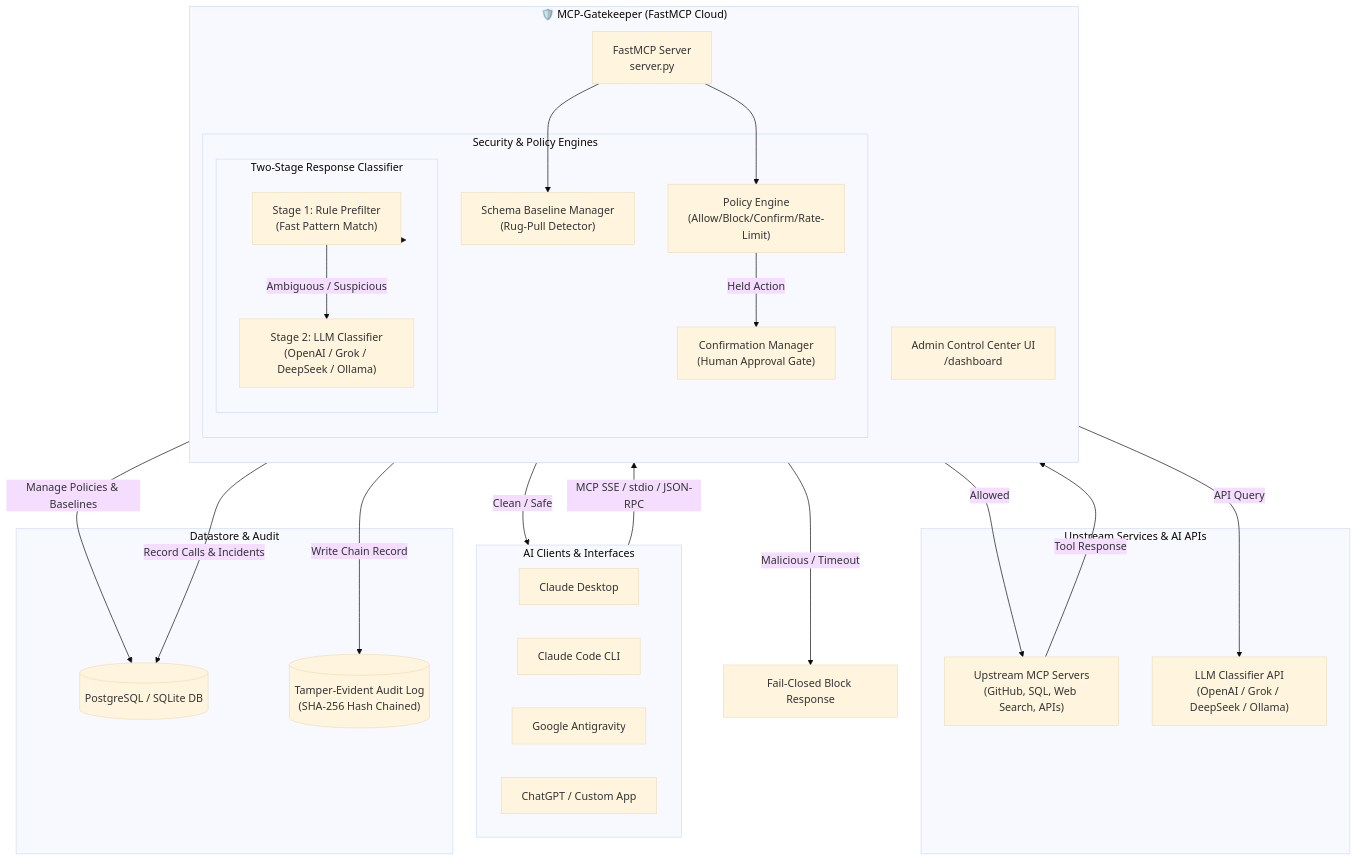
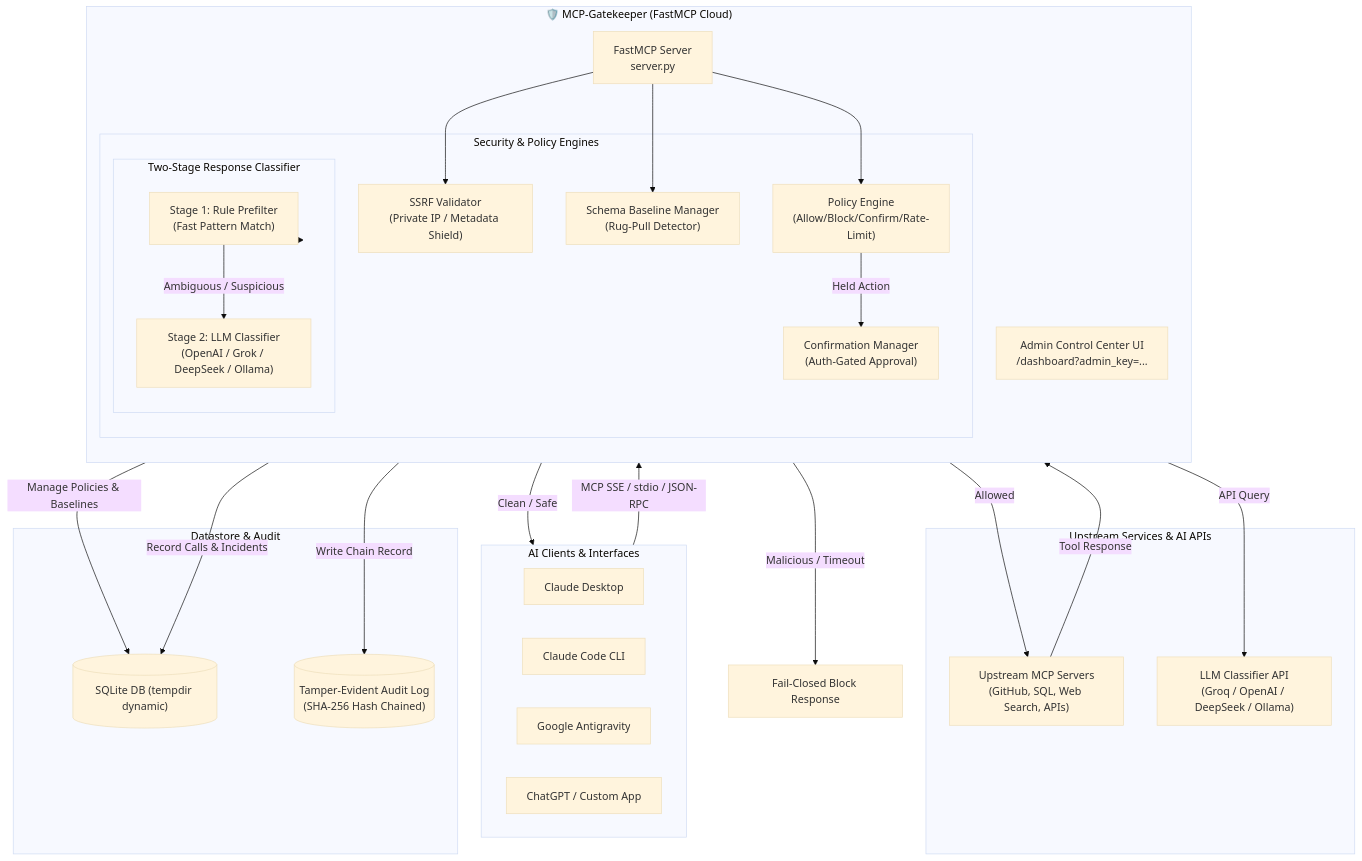
Before and after one commit to sudo-hrmn/MCP-Gatekeeper: the first of 2 diagrams in README.md, drawn with Mermaid (base theme). The commit also changed other lines of this file, not shown here.

Commit message:
docs: update README with current SSRF protection, authentication gate, live FastMCP endpoint, and 12-test suite metrics

````diff
--- a/README.md
+++ b/README.md
@@ -30,53 +30,55 @@
 ```mermaid
 flowchart TD
     subgraph Clients["AI Clients & Interfaces"]
         C1["Claude Desktop"]
         C2["Claude Code CLI"]
         C3["Google Antigravity"]
         C4["ChatGPT / Custom App"]
     end
 
     subgraph Gateway["🛡️ MCP-Gatekeeper (FastMCP Cloud)"]
         direction TB
         S["FastMCP Server\nserver.py"]
         
         subgraph Engine["Security & Policy Engines"]
             B["Schema Baseline Manager\n(Rug-Pull Detector)"]
+            SSRF["SSRF Validator\n(Private IP / Metadata Shield)"]
             POL["Policy Engine\n(Allow/Block/Confirm/Rate-Limit)"]
-            CONF["Confirmation Manager\n(Human Approval Gate)"]
+            CONF["Confirmation Manager\n(Auth-Gated Approval)"]
             
             subgraph Classifier["Two-Stage Response Classifier"]
                 R1["Stage 1: Rule Prefilter\n(Fast Pattern Match)"]
                 R2["Stage 2: LLM Classifier\n(OpenAI / Grok / DeepSeek / Ollama)"]
             end
         end
 
-        UI["Admin Control Center UI\n/dashboard"]
+        UI["Admin Control Center UI\n/dashboard?admin_key=..."]
     end
 
     subgraph External["Upstream Services & AI APIs"]
         UP["Upstream MCP Servers\n(GitHub, SQL, Web Search, APIs)"]
-        LLM["LLM Classifier API\n(OpenAI / Grok / DeepSeek / Ollama)"]
+        LLM["LLM Classifier API\n(Groq / OpenAI / DeepSeek / Ollama)"]
     end
 
     subgraph Storage["Datastore & Audit"]
-        DB[("PostgreSQL / SQLite DB")]
+        DB[("SQLite DB (tempdir dynamic)")]
         AUDIT[("Tamper-Evident Audit Log\n(SHA-256 Hash Chained)")]
     end
 
     Clients -->|MCP SSE / stdio / JSON-RPC| S
+    S --> SSRF
     S --> B
     S --> POL
     POL -->|Held Action| CONF
     POL -->|Allowed| UP
     UP -->|Tool Response| Classifier
     Classifier --> R1
     R1 -->|Ambiguous / Suspicious| R2
     R2 -->|API Query| LLM
     Classifier -->|Clean / Safe| Clients
     Classifier -->|Malicious / Timeout| Block["Fail-Closed Block Response"]
 
     UI -->|Manage Policies & Baselines| DB
     Engine -->|Record Calls & Incidents| DB
     Engine -->|Write Chain Record| AUDIT
 ```
````
